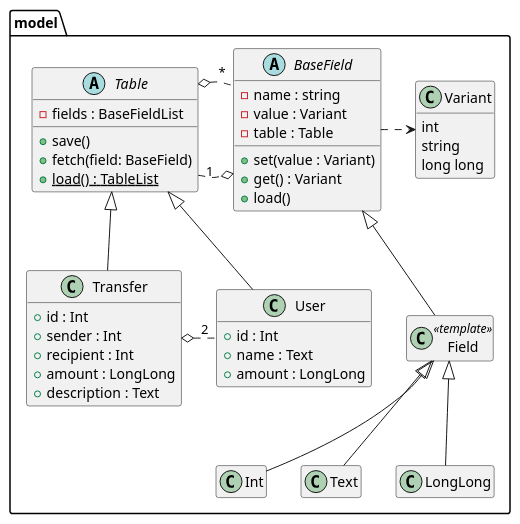
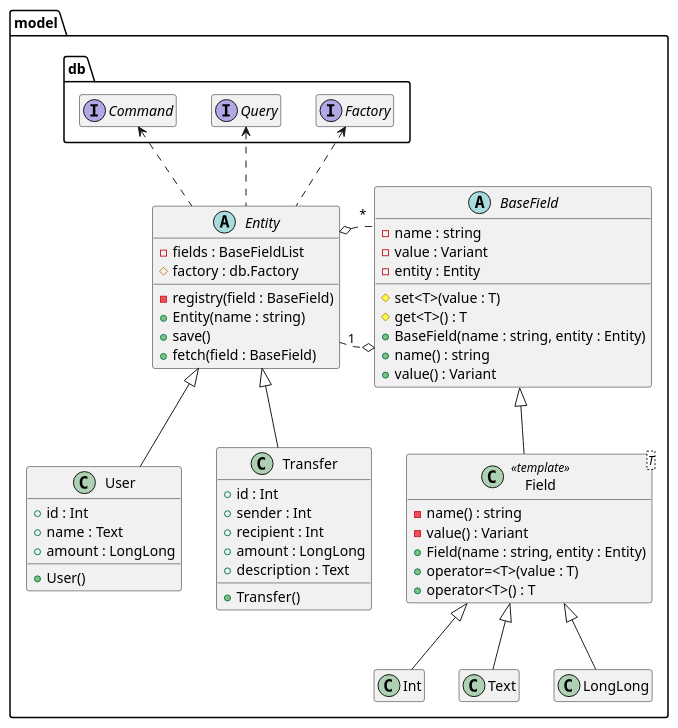
Before and after one commit to bonewell/moneybox: the diagram in uml/model-class.puml, drawn with PlantUML. The commit also changed 4 other files, not shown here.

Commit message:
Update UML for model component

```diff
--- a/uml/model-class.puml
+++ b/uml/model-class.puml
@@ -1,49 +1,61 @@
 @startuml
 hide empty members
 namespace model {
-    class Variant {
-        int
-        string
-        long long
+    namespace db {
+        interface Factory
+        interface Query
+        interface Command
     }
-    abstract class Table {
+    abstract class Entity {
         - fields : BaseFieldList
+        # factory : db.Factory
+        - registry(field : BaseField)
+        + Entity(name : string)
         + save()
-        + fetch(field: BaseField)
-        + {static} load() : TableList
+        + fetch(field : BaseField)
     }
     abstract class BaseField {
         - name : string
         - value : Variant
-        - table : Table
-        + set(value : Variant)
-        + get() : Variant
-        + load()
+        - entity : Entity
+        # set<T>(value : T)
+        # get<T>() : T
+        + BaseField(name : string, entity : Entity)
+        + name() : string
+        + value() : Variant
     }
-    class Field << template >> {
+    class Field<T> << template>> {
+        - name() : string
+        - value() : Variant
+        + Field(name : string, entity : Entity)
+        + operator=<T>(value : T)
+        + operator<T>() : T
     }
     class User {
+        + User()
         + id : Int
         + name : Text
         + amount : LongLong
     }
     class Transfer {
+        + Transfer()
         + id : Int
         + sender : Int
         + recipient : Int
         + amount : LongLong
         + description : Text
     }
 
-    BaseField .> Variant
     BaseField <|-- Field
     Field <|-- Int
     Field <|-- Text
     Field <|-- LongLong
-    Table "1" .o BaseField
-    Table o. "*" BaseField
-    Table <|-- User
-    Table <|-- Transfer
-    Transfer o. "2" User
+    model.db.Factory <.. Entity
+    model.db.Query <.. Entity
+    model.db.Command <.. Entity
+    Entity "1" .o BaseField
+    Entity o. "*" BaseField
+    Entity <|-- User
+    Entity <|-- Transfer
 }
 @enduml
```
